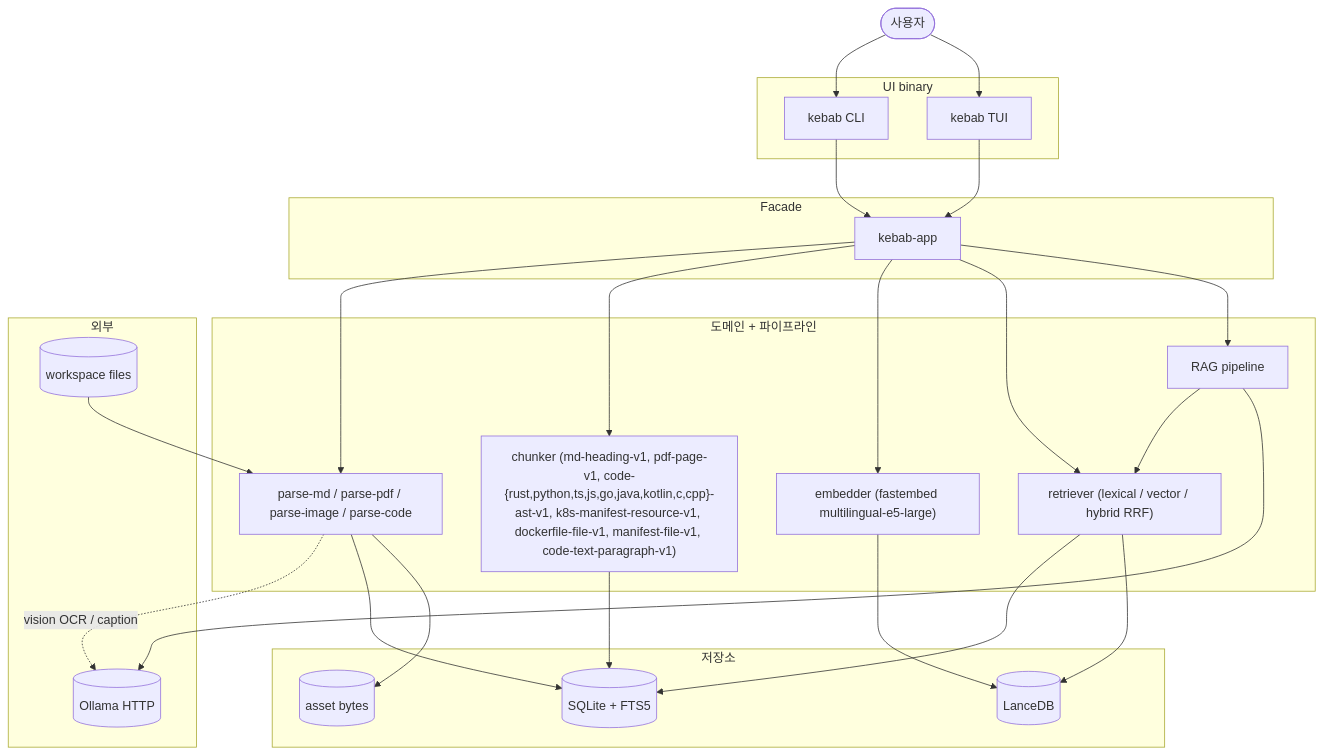
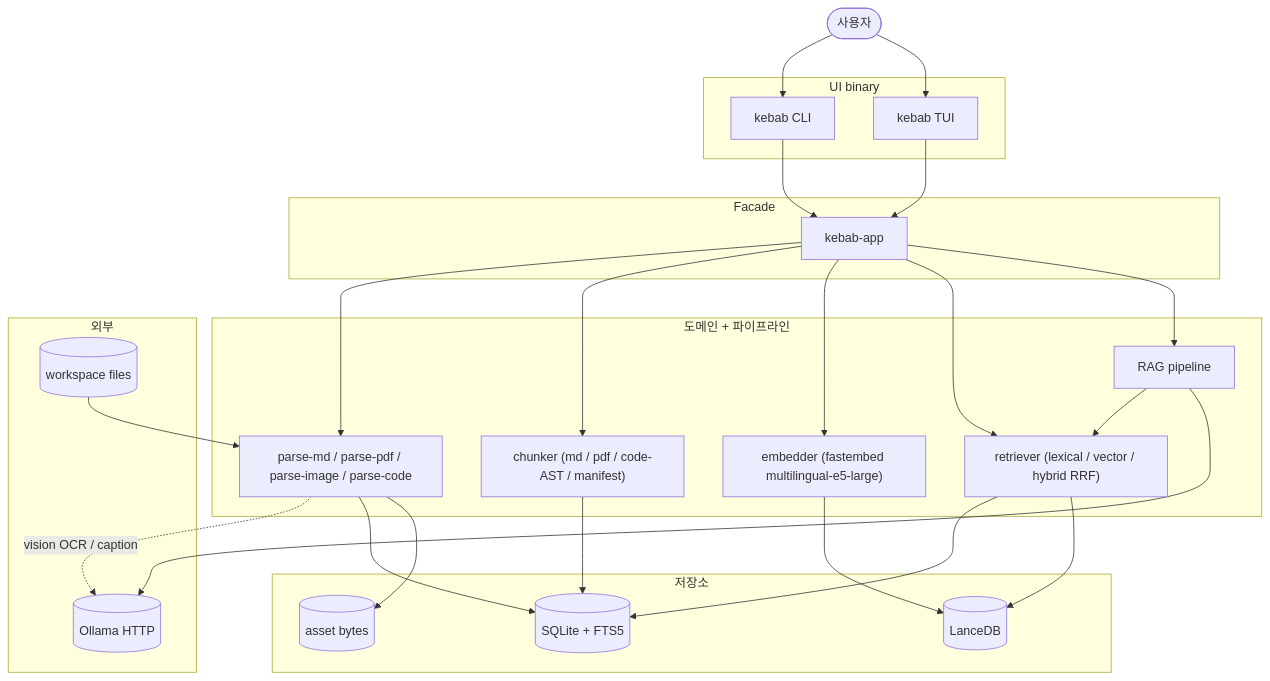
One commit to altair823/kebab changed the diagram in README.md. Above: the diagram before and after it, drawn with Mermaid. The commit also changed other lines of this file, not shown here.

````diff
--- a/README.md
+++ b/README.md
@@ -150,56 +131,56 @@
 ```mermaid
 flowchart TB
     user(["사용자"])
 
     subgraph UI["UI binary"]
         cli["kebab CLI"]
         tui["kebab TUI"]
     end
 
     subgraph App["Facade"]
         app["kebab-app"]
     end
 
     subgraph Pipeline["도메인 + 파이프라인"]
         parse["parse-md / parse-pdf / parse-image / parse-code"]
-        chunker["chunker (md-heading-v1, pdf-page-v1, code-{rust,python,ts,js,go,java,kotlin,c,cpp}-ast-v1, k8s-manifest-resource-v1, dockerfile-file-v1, manifest-file-v1, code-text-paragraph-v1)"]
+        chunker["chunker (md / pdf / code-AST / manifest)"]
         embedder["embedder (fastembed multilingual-e5-large)"]
         retriever["retriever (lexical / vector / hybrid RRF)"]
         rag["RAG pipeline"]
     end
 
     subgraph Store["저장소"]
         sqlite[("SQLite + FTS5")]
         lance[("LanceDB")]
         assets[("asset bytes")]
     end
 
     subgraph External["외부"]
         fs[("workspace files")]
         ollama[("Ollama HTTP")]
     end
 
     user --> cli
     user --> tui
     cli --> app
     tui --> app
 
     app --> parse
     app --> chunker
     app --> embedder
     app --> retriever
     app --> rag
 
     fs --> parse
     parse -. vision OCR / caption .-> ollama
     parse --> sqlite
     parse --> assets
 
     chunker --> sqlite
     embedder --> lance
     retriever --> sqlite
     retriever --> lance
 
     rag --> retriever
     rag --> ollama
 ```
````
